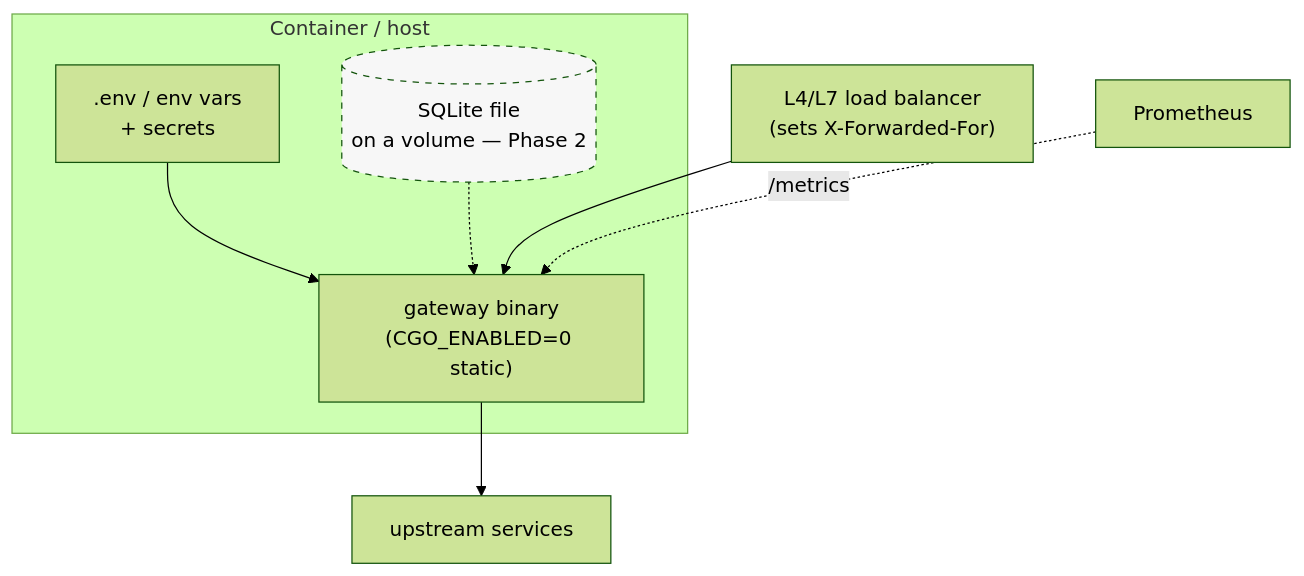
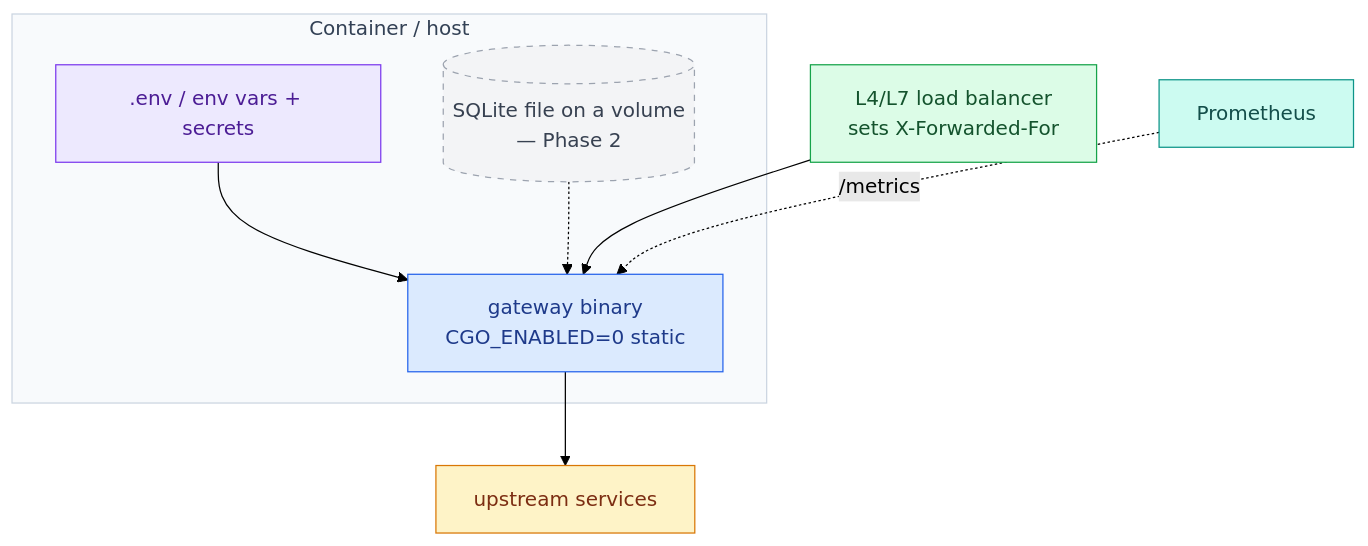
One commit to mohabnazmy/API-Gateway changed diagram 14 of 15 in docs/architecture.md. Above: the diagram before and after it, drawn with Mermaid (forest theme). The commit also changed other lines of this file, not shown here.

First line of the commit message:
docs: make architecture diagram-heavy and colored

````diff
--- a/docs/architecture.md
+++ b/docs/architecture.md
@@ -296,16 +434,24 @@
 ```mermaid
 flowchart TB
+    lb["L4/L7 load balancer<br/>sets X-Forwarded-For"]:::client
     subgraph host["Container / host"]
-        bin["gateway binary<br/>(CGO_ENABLED=0 static)"]
-        envf[".env / env vars<br/>+ secrets"]
-        db[("SQLite file<br/>on a volume — Phase 2")]
+        bin["gateway binary<br/>CGO_ENABLED=0 static"]:::gw
+        envf[".env / env vars + secrets"]:::store
+        db[("SQLite file on a volume<br/>— Phase 2")]:::planned
         envf --> bin
         db -.-> bin
     end
-    lb["L4/L7 load balancer<br/>(sets X-Forwarded-For)"] --> bin
-    bin --> upstreams["upstream services"]
-    prom["Prometheus"] -.->|/metrics| bin
+    prom["Prometheus"]:::obs
 
-    classDef planned stroke-dasharray:5 5,fill:#f7f7f7;
-    class db planned;
+    lb --> bin
+    bin --> upstreams["upstream services"]:::up
+    prom -.->|/metrics| bin
+
+    classDef client fill:#dcfce7,stroke:#16a34a,color:#14532d;
+    classDef gw fill:#dbeafe,stroke:#2563eb,color:#1e3a8a;
+    classDef up fill:#fef3c7,stroke:#d97706,color:#7c2d12;
+    classDef store fill:#ede9fe,stroke:#7c3aed,color:#4c1d95;
+    classDef obs fill:#ccfbf1,stroke:#0d9488,color:#134e4a;
+    classDef planned fill:#f3f4f6,stroke:#9ca3af,color:#374151,stroke-dasharray:5 5;
+    style host fill:#f8fafc,stroke:#cbd5e1,color:#334155;
 ```
````
